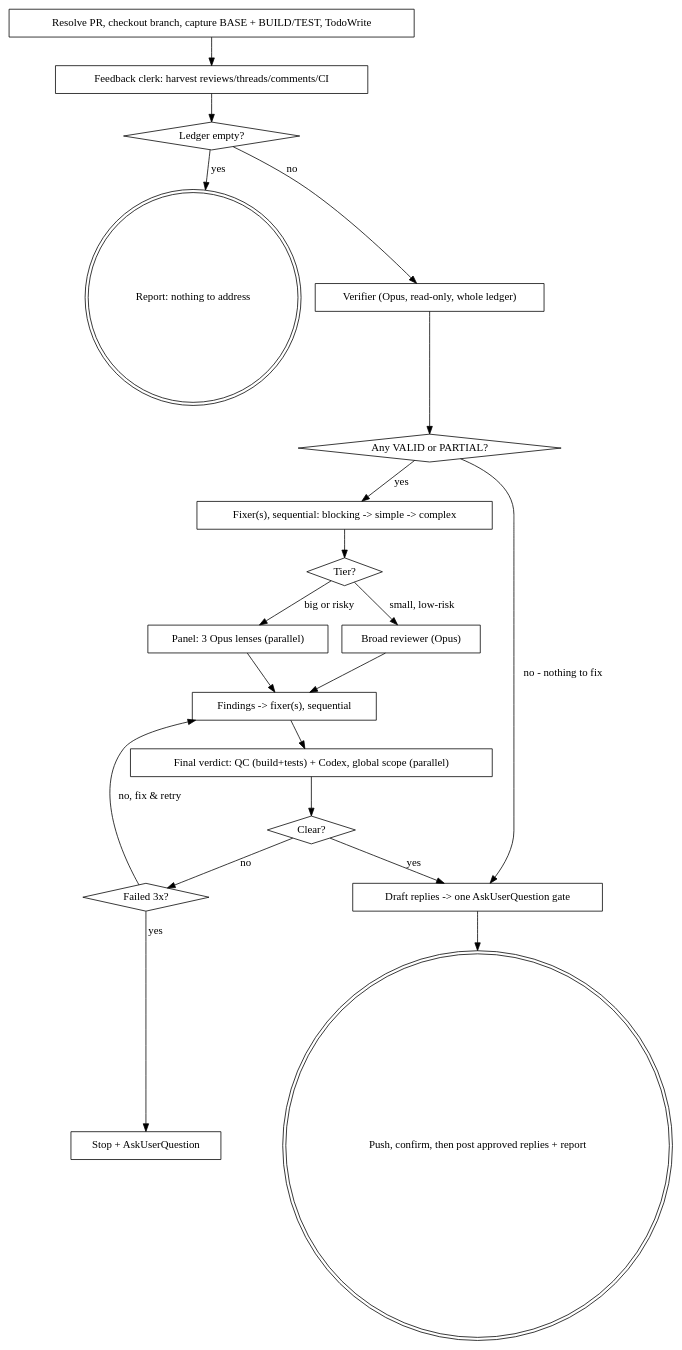
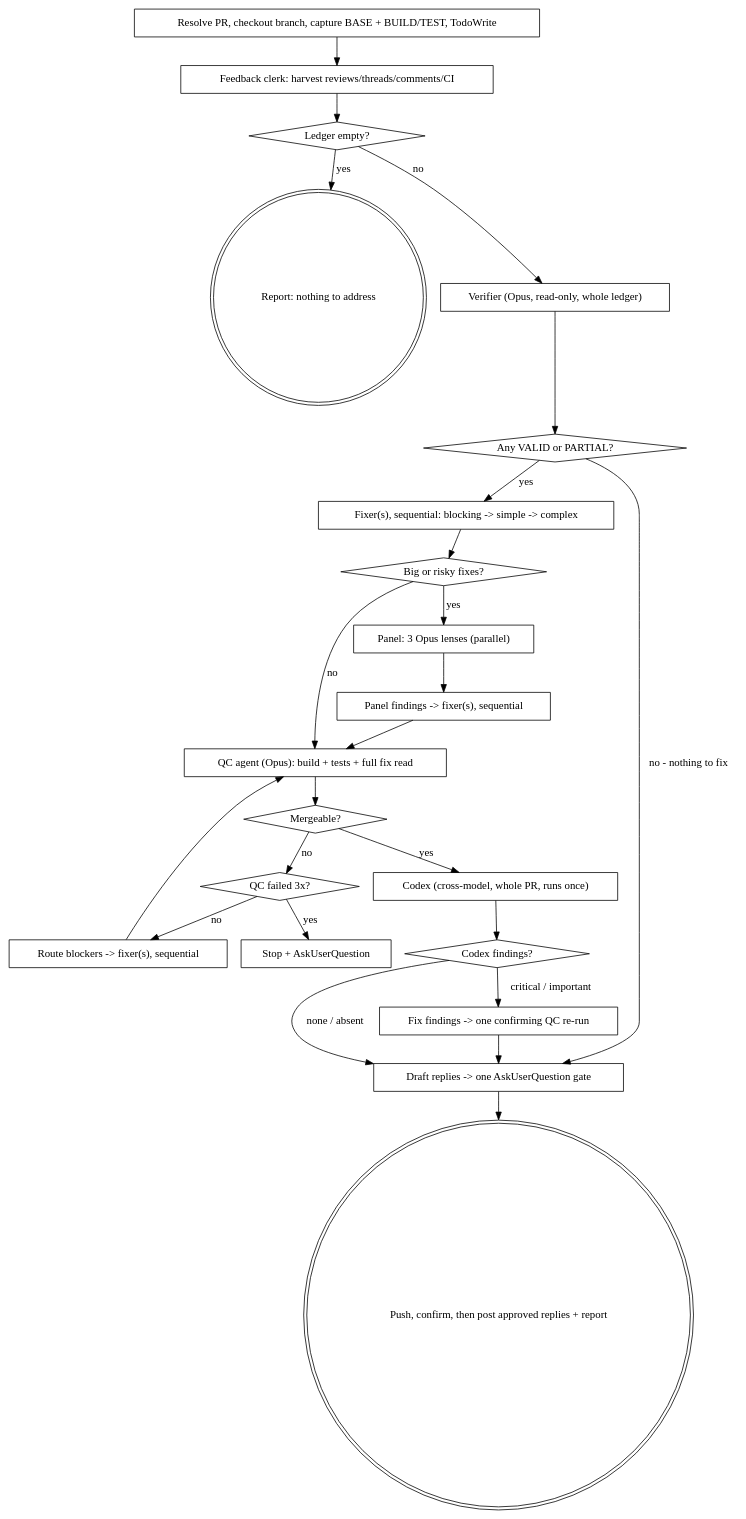
Before and after one commit to PythonShe/Repertoire: the diagram in skills/coda/SKILL.md, drawn with Graphviz. The commit also changed other lines of this file and 4 other files, not shown here.

Commit message:
refactor: stage Coda's final verdict and fold the broad re-review into QC

````diff
--- a/skills/coda/SKILL.md
+++ b/skills/coda/SKILL.md
@@ -76,40 +82,47 @@
 ```dot
 digraph coda {
     rankdir=TB;
     "Resolve PR, checkout branch, capture BASE + BUILD/TEST, TodoWrite" [shape=box];
     "Feedback clerk: harvest reviews/threads/comments/CI" [shape=box];
     "Ledger empty?" [shape=diamond];
     "Report: nothing to address" [shape=doublecircle];
     "Verifier (Opus, read-only, whole ledger)" [shape=box];
     "Any VALID or PARTIAL?" [shape=diamond];
     "Fixer(s), sequential: blocking -> simple -> complex" [shape=box];
-    "Tier?" [shape=diamond];
-    "Broad reviewer (Opus)" [shape=box];
+    "Big or risky fixes?" [shape=diamond];
     "Panel: 3 Opus lenses (parallel)" [shape=box];
-    "Findings -> fixer(s), sequential" [shape=box];
-    "Final verdict: QC (build+tests) + Codex, global scope (parallel)" [shape=box];
-    "Clear?" [shape=diamond];
-    "Failed 3x?" [shape=diamond];
+    "Panel findings -> fixer(s), sequential" [shape=box];
+    "QC agent (Opus): build + tests + full fix read" [shape=box];
+    "Mergeable?" [shape=diamond];
+    "QC failed 3x?" [shape=diamond];
+    "Route blockers -> fixer(s), sequential" [shape=box];
+    "Codex (cross-model, whole PR, runs once)" [shape=box];
+    "Codex findings?" [shape=diamond];
+    "Fix findings -> one confirming QC re-run" [shape=box];
     "Draft replies -> one AskUserQuestion gate" [shape=box];
     "Push, confirm, then post approved replies + report" [shape=doublecircle];
     "Stop + AskUserQuestion" [shape=box];
 
     "Resolve PR, checkout branch, capture BASE + BUILD/TEST, TodoWrite" -> "Feedback clerk: harvest reviews/threads/comments/CI" -> "Ledger empty?";
     "Ledger empty?" -> "Report: nothing to address" [label="yes"];
     "Ledger empty?" -> "Verifier (Opus, read-only, whole ledger)" [label="no"];
     "Verifier (Opus, read-only, whole ledger)" -> "Any VALID or PARTIAL?";
     "Any VALID or PARTIAL?" -> "Draft replies -> one AskUserQuestion gate" [label="no - nothing to fix"];
     "Any VALID or PARTIAL?" -> "Fixer(s), sequential: blocking -> simple -> complex" [label="yes"];
-    "Fixer(s), sequential: blocking -> simple -> complex" -> "Tier?";
-    "Tier?" -> "Broad reviewer (Opus)" [label="small, low-risk"];
-    "Tier?" -> "Panel: 3 Opus lenses (parallel)" [label="big or risky"];
-    "Broad reviewer (Opus)" -> "Findings -> fixer(s), sequential";
-    "Panel: 3 Opus lenses (parallel)" -> "Findings -> fixer(s), sequential";
-    "Findings -> fixer(s), sequential" -> "Final verdict: QC (build+tests) + Codex, global scope (parallel)" -> "Clear?";
-    "Clear?" -> "Draft replies -> one AskUserQuestion gate" [label="yes"];
-    "Clear?" -> "Failed 3x?" [label="no"];
-    "Failed 3x?" -> "Stop + AskUserQuestion" [label="yes"];
-    "Failed 3x?" -> "Findings -> fixer(s), sequential" [label="no, fix & retry"];
+    "Fixer(s), sequential: blocking -> simple -> complex" -> "Big or risky fixes?";
+    "Big or risky fixes?" -> "Panel: 3 Opus lenses (parallel)" [label="yes"];
+    "Big or risky fixes?" -> "QC agent (Opus): build + tests + full fix read" [label="no"];
+    "Panel: 3 Opus lenses (parallel)" -> "Panel findings -> fixer(s), sequential" -> "QC agent (Opus): build + tests + full fix read";
+    "QC agent (Opus): build + tests + full fix read" -> "Mergeable?";
+    "Mergeable?" -> "Codex (cross-model, whole PR, runs once)" [label="yes"];
+    "Mergeable?" -> "QC failed 3x?" [label="no"];
+    "QC failed 3x?" -> "Stop + AskUserQuestion" [label="yes"];
+    "QC failed 3x?" -> "Route blockers -> fixer(s), sequential" [label="no"];
+    "Route blockers -> fixer(s), sequential" -> "QC agent (Opus): build + tests + full fix read";
+    "Codex (cross-model, whole PR, runs once)" -> "Codex findings?";
+    "Codex findings?" -> "Draft replies -> one AskUserQuestion gate" [label="none / absent"];
+    "Codex findings?" -> "Fix findings -> one confirming QC re-run" [label="critical / important"];
+    "Fix findings -> one confirming QC re-run" -> "Draft replies -> one AskUserQuestion gate";
     "Draft replies -> one AskUserQuestion gate" -> "Push, confirm, then post approved replies + report";
 }
 ```
````
